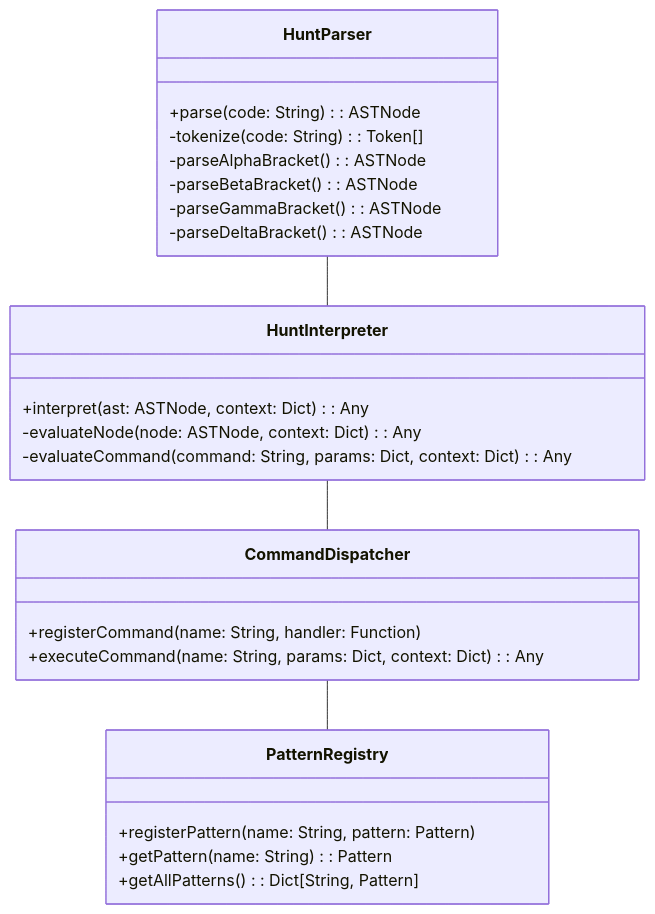
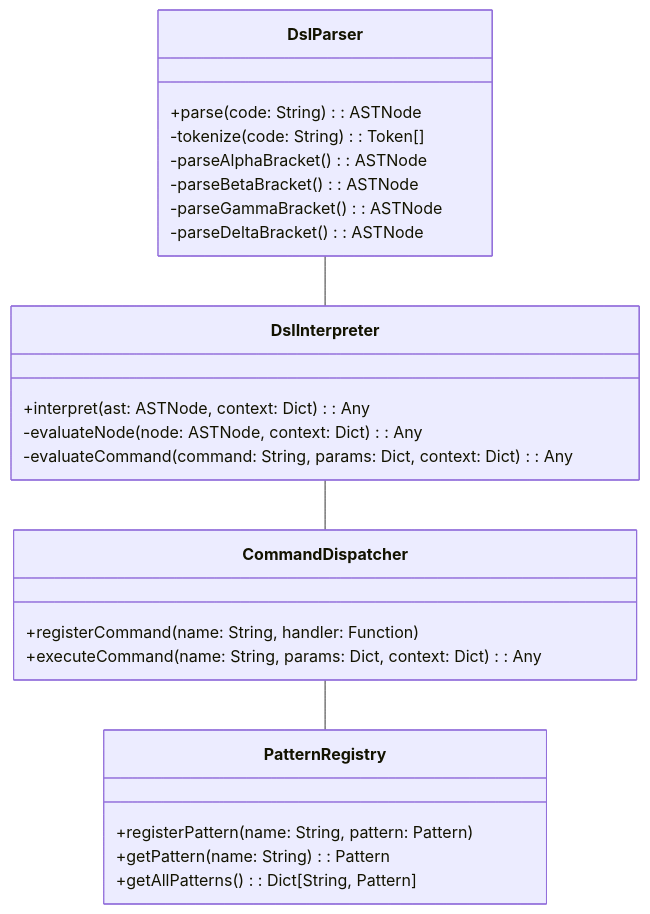
One commit to deadcoast/ASCII-hunt changed the third of 32 diagrams in docs/build-docs/hunt-01.system-architecture/01-1.sys-architecture.md. Above: the diagram before and after it, drawn with Mermaid. The commit also changed other lines of this file and 332 other files, not shown here.

````diff
--- a/docs/build-docs/hunt-01.system-architecture/01-1.sys-architecture.md
+++ b/docs/build-docs/hunt-01.system-architecture/01-1.sys-architecture.md
@@ -96,32 +96,32 @@
 ```mermaid
 classDiagram
-    class HuntParser {
+    class DslParser {
         +parse(code: String): ASTNode
         -tokenize(code: String): Token[]
         -parseAlphaBracket(): ASTNode
         -parseBetaBracket(): ASTNode
         -parseGammaBracket(): ASTNode
         -parseDeltaBracket(): ASTNode
     }
 
-    class HuntInterpreter {
+    class DslInterpreter {
         +interpret(ast: ASTNode, context: Dict): Any
         -evaluateNode(node: ASTNode, context: Dict): Any
         -evaluateCommand(command: String, params: Dict, context: Dict): Any
     }
 
     class CommandDispatcher {
         +registerCommand(name: String, handler: Function)
         +executeCommand(name: String, params: Dict, context: Dict): Any
     }
 
     class PatternRegistry {
         +registerPattern(name: String, pattern: Pattern)
         +getPattern(name: String): Pattern
         +getAllPatterns(): Dict[String, Pattern]
     }
 
-    HuntParser -- HuntInterpreter
-    HuntInterpreter -- CommandDispatcher
+    DslParser -- DslInterpreter
+    DslInterpreter -- CommandDispatcher
     CommandDispatcher -- PatternRegistry
 ```
````
